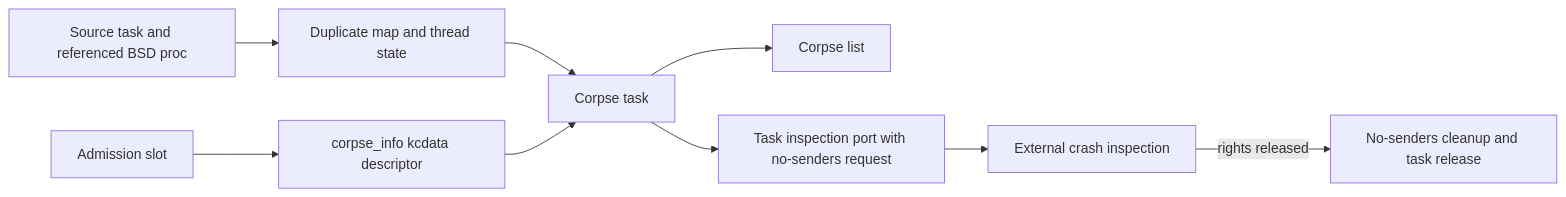
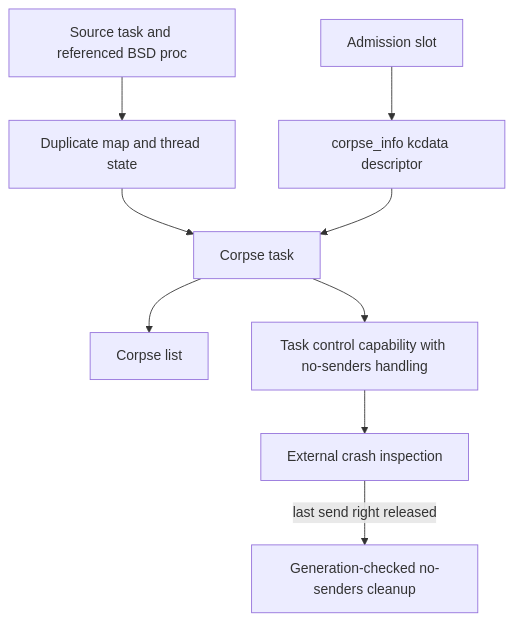
One commit to lcq2/platydoc changed the diagram in docs-ai/development/corpses-and-process-core-dumps.md. Above: the diagram before and after it, drawn with Mermaid. The commit also changed other lines of this file and 63 other files, not shown here.

````diff
--- a/docs-ai/development/corpses-and-process-core-dumps.md
+++ b/docs-ai/development/corpses-and-process-core-dumps.md
@@ -56,11 +56,11 @@
 ```mermaid
-flowchart LR
+flowchart TD
     S["Source task and referenced BSD proc"] --> D["Duplicate map and thread state"]
     G["Admission slot"] --> C["corpse_info kcdata descriptor"]
     D --> T["Corpse task"]
     C --> T
     T --> L["Corpse list"]
-    T --> P["Task inspection port with no-senders request"]
+    T --> P["Task control capability with no-senders handling"]
     P --> R["External crash inspection"]
-    R -->|rights released| N["No-senders cleanup and task release"]
+    R -->|last send right released| N["Generation-checked no-senders cleanup"]
 ```
````
